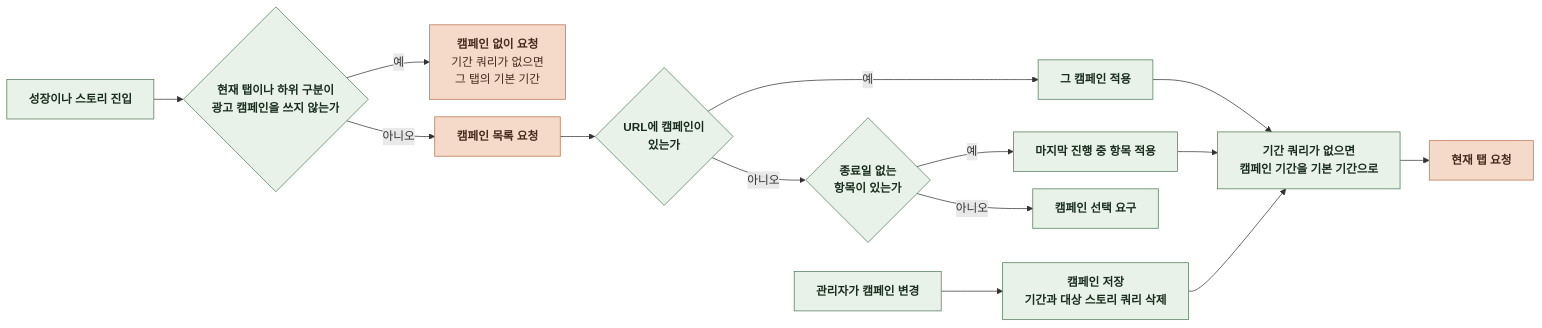
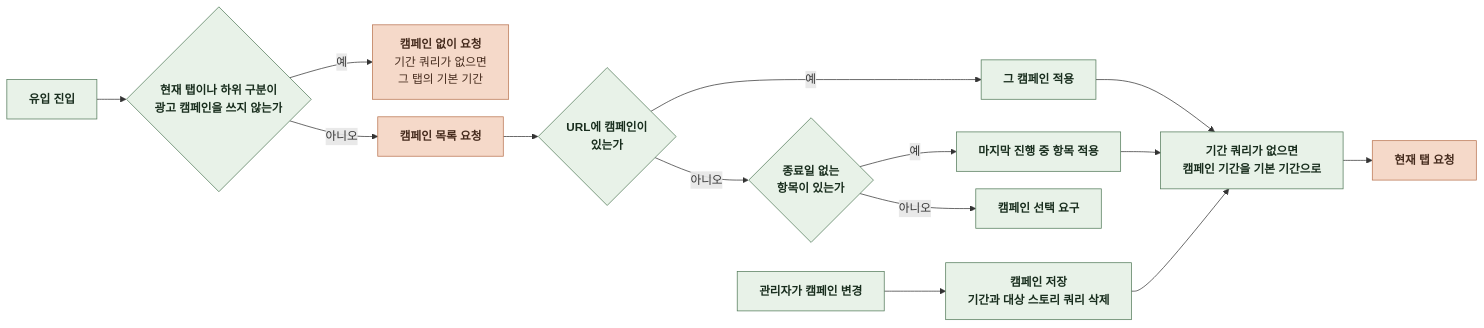
The second of 5 diagrams in docs/domain/ADMIN/WEB/3-4-INTERACTION-FLOWS.md (KIM-N-KANG/knk-harness), drawn with Mermaid before and after one commit. The commit also changed other lines of this file and 19 other files, not shown here.

````diff
--- a/docs/domain/ADMIN/WEB/3-4-INTERACTION-FLOWS.md
+++ b/docs/domain/ADMIN/WEB/3-4-INTERACTION-FLOWS.md
@@ -48,28 +48,28 @@
 ```mermaid
 %%{init: {"flowchart": {"curve": "basis", "nodeSpacing": 24, "rankSpacing": 40}}}%%
 flowchart LR
-    A["`**성장이나 스토리 진입**`"] --> S{"`**현재 탭이나 하위 구분이
+    A["`**유입 진입**`"] --> S{"`**현재 탭이나 하위 구분이
 광고 캠페인을 쓰지 않는가**`"}
     S -->|예| T["`**캠페인 없이 요청**
 기간 쿼리가 없으면
 그 탭의 기본 기간`"]
     S -->|아니오| B["`**캠페인 목록 요청**`"]
     B --> C{"`**URL에 캠페인이
 있는가**`"}
     C -->|예| D["`**그 캠페인 적용**`"]
     C -->|아니오| E{"`**종료일 없는
 항목이 있는가**`"}
     E -->|예| F["`**마지막 진행 중 항목 적용**`"]
     E -->|아니오| G["`**캠페인 선택 요구**`"]
     D --> H["`**기간 쿼리가 없으면
 캠페인 기간을 기본 기간으로**`"]
     F --> H
     H --> I["`**현재 탭 요청**`"]
     J["`**관리자가 캠페인 변경**`"] --> K["`**캠페인 저장
 기간과 대상 스토리 쿼리 삭제**`"]
     K --> H
     classDef comp fill:#E8F2E8,stroke:#527A59,color:#182D1D
     classDef task fill:#F5D9C9,stroke:#B97450,color:#452B1D
     class A,C,D,E,F,G,H,J,K,S comp
     class B,I,T task
 ```
````
